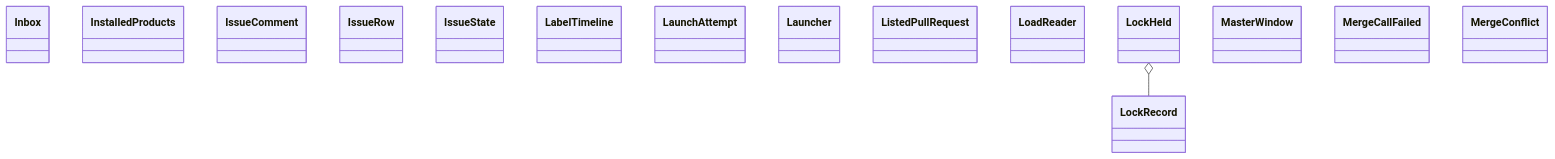
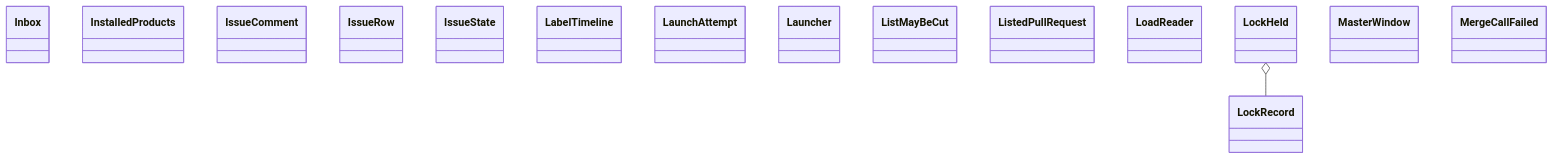
One commit to GonzaloZevallos/agentic-system changed the diagram in docs/architecture/generated/classes-process-application-support-3.md. Above: the diagram before and after it, drawn with Mermaid. The commit also changed 10 other files, not shown here.

First line of the commit message:
Pause the carve-out when the open-issue list may be cut

````diff
--- a/docs/architecture/generated/classes-process-application-support-3.md
+++ b/docs/architecture/generated/classes-process-application-support-3.md
@@ -19,19 +19,19 @@
 ```mermaid
 classDiagram
     class ports__Inbox["Inbox"]
     class ports__InstalledProducts["InstalledProducts"]
     class ports__IssueComment["IssueComment"]
     class ports__IssueRow["IssueRow"]
     class ports__IssueState["IssueState"]
     class ports__LabelTimeline["LabelTimeline"]
     class ports__LaunchAttempt["LaunchAttempt"]
     class ports__Launcher["Launcher"]
+    class ports__ListMayBeCut["ListMayBeCut"]
     class ports__ListedPullRequest["ListedPullRequest"]
     class ports__LoadReader["LoadReader"]
     class ports__LockHeld["LockHeld"]
     class ports__LockRecord["LockRecord"]
     class ports__MasterWindow["MasterWindow"]
     class ports__MergeCallFailed["MergeCallFailed"]
-    class ports__MergeConflict["MergeConflict"]
     ports__LockHeld o-- ports__LockRecord
 ```
````
